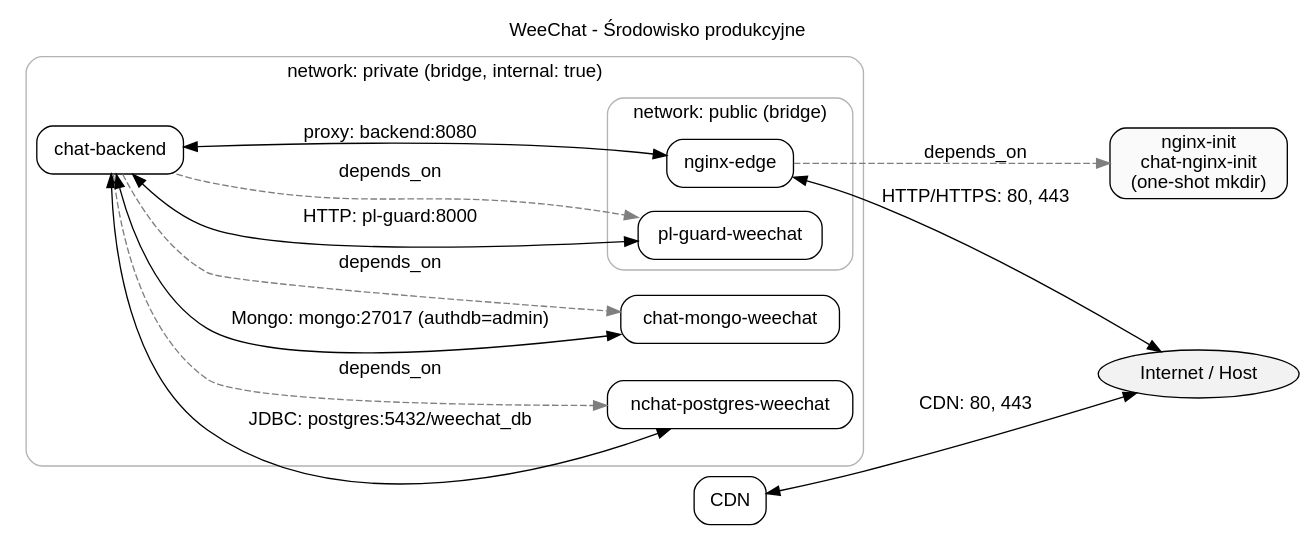
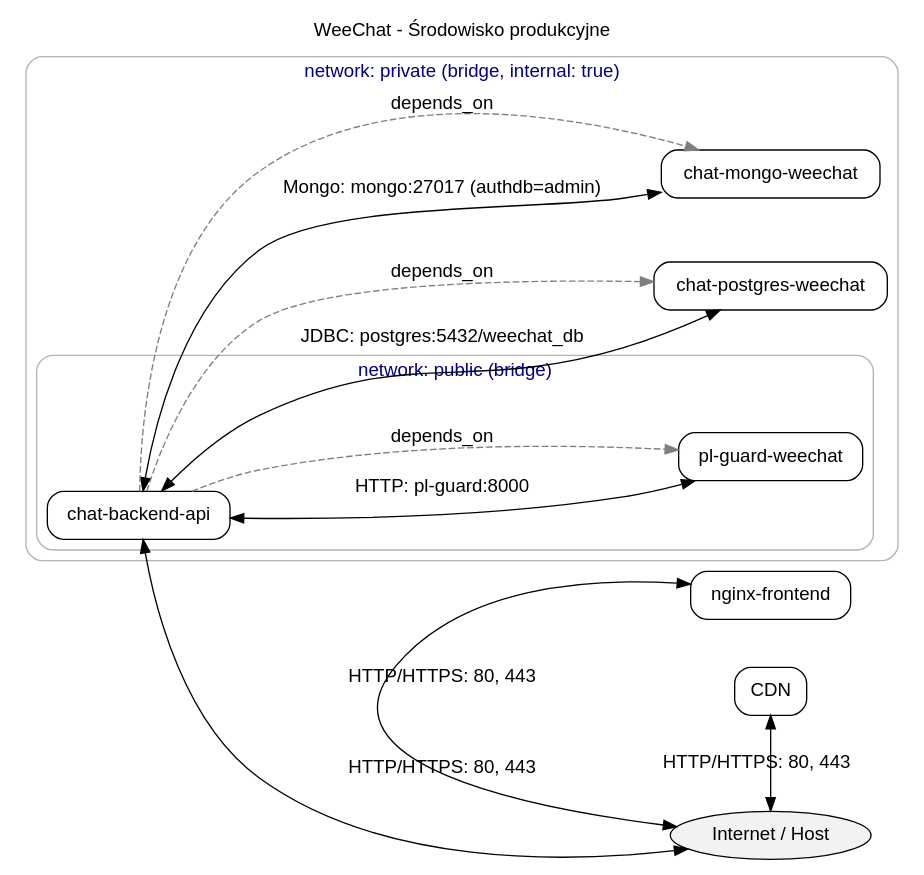
One commit to Dersivative/WeeChat changed the diagram in docs/containers_prod.gv. Above: the diagram before and after it, drawn with Graphviz. The commit also changed 36 other files, not shown here.

```diff
--- a/docs/containers_prod.gv
+++ b/docs/containers_prod.gv
@@ -1,65 +1,70 @@
 digraph compose_network {
   graph [
     rankdir=LR,
     bgcolor="white",
     fontname="Helvetica",
+    overlap=false,
+    splines=true,
+    nodesep=0.5,
+    ranksep=0.6,
     labelloc="t",
     label="WeeChat - Środowisko produkcyjne"
   ];
 
   node [shape=box, style="rounded,filled", fillcolor="white", fontname="Helvetica"];
   edge [fontname="Helvetica"];
 
   // --- Service nodes ---
-  backend   [label="chat-backend"];
-  postgres  [label="nchat-postgres-weechat"];
+  backend   [label="chat-backend-api"];
+  postgres  [label="chat-postgres-weechat"];
   mongo     [label="chat-mongo-weechat"];
   plguard   [label="pl-guard-weechat"];
-  nginx_edge [label="nginx-edge"];
+  nginx_frontend [label="nginx-frontend"];
   cdn  [label="CDN"];
 
   // --- Network clusters ---
   subgraph cluster_private {
     label="network: private (bridge, internal: true)";
     color="gray70";
+    fontcolor="navy";
     style="rounded";
 
     backend;
     postgres;
     mongo;
 
     subgraph cluster_public {
       label="network: public (bridge)";
       color="gray70";
+      fontcolor="navy";
       style="rounded";
 
-      nginx_edge;
+      backend;
       plguard;
     }
   }
 
   // --- External / host exposure ---
   host [shape=oval, style="filled", fillcolor="gray95", label="Internet / Host"];
-  nginx_edge -> host [dir=both, label="HTTP/HTTPS: 80, 443"];
-  cdn  -> host [dir=both, label="CDN: 80, 443"];
+  nginx_frontend -> host [dir=both, label="HTTP/HTTPS: 80, 443"];
+  backend -> host [dir=both, label="HTTP/HTTPS: 80, 443"];
+  cdn  -> host [dir=both, label="HTTP/HTTPS: 80, 443"];
+
+  // --- Layout: place non-network nodes below clusters ---
+  { rank=sink; nginx_frontend; cdn; host; }
 
   // --- Service-to-service dependencies / traffic (inferred from env + depends_on) ---
-  nginx_edge -> backend [dir=both, label="proxy: backend:8080", constraint=false];
   backend -> postgres [dir=both, label="JDBC: postgres:5432/weechat_db"];
   backend -> mongo    [dir=both, label="Mongo: mongo:27017 (authdb=admin)"];
   backend -> plguard  [dir=both, label="HTTP: pl-guard:8000"];
 
   // --- Compose depends_on (startup order) ---
   backend -> postgres [style=dashed, color="gray50", label="depends_on"];
   backend -> mongo    [style=dashed, color="gray50", label="depends_on"];
   backend -> plguard  [style=dashed, color="gray50", label="depends_on"];
 
-  nginx_init [label="nginx-init\nchat-nginx-init\n(one-shot mkdir)", shape=box, style="rounded,filled", fillcolor="gray98"];
-
-  nginx_edge -> nginx_init [style=dashed, color="gray50", label="depends_on"];
-
   // --- Layout nudges ---
-  backend -> nginx_edge [style=invis, weight=10];
+  backend -> nginx_frontend [style=invis, weight=10];
 
   // --- Network membership is shown by nested clusters ---
 }
```
